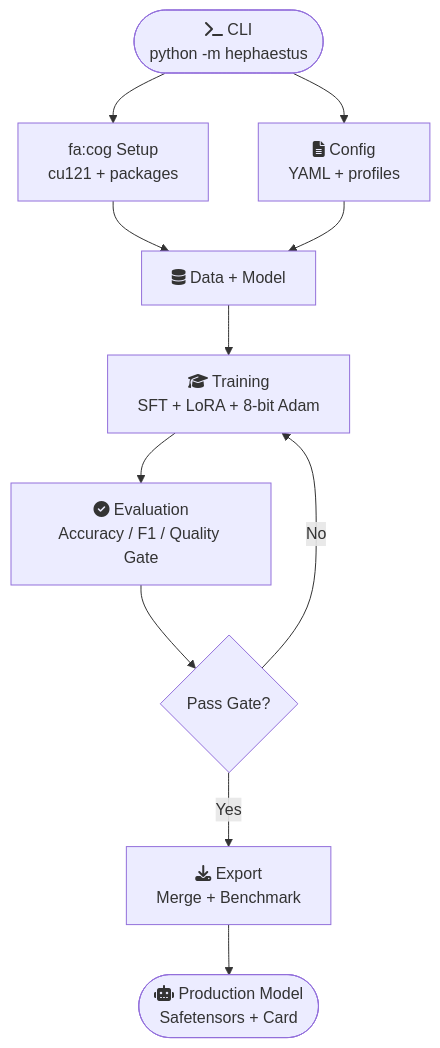
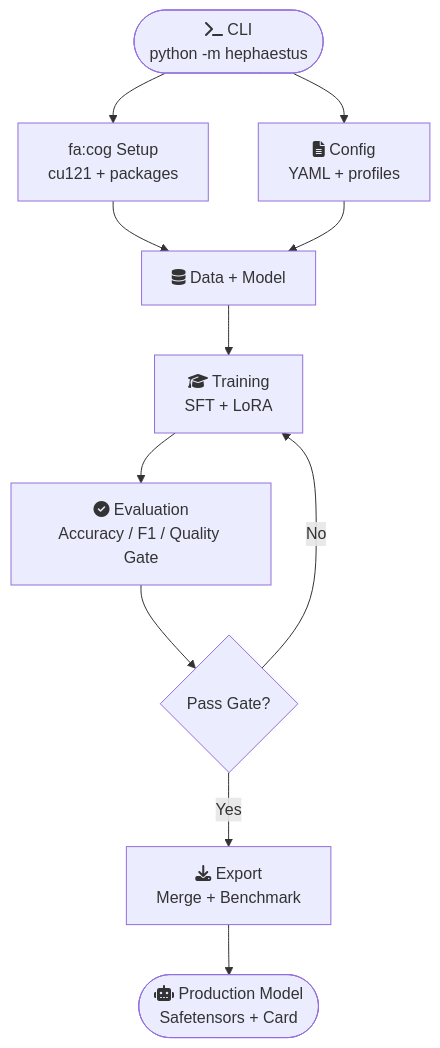
Before and after one commit to yusif-v/Hephaestus: the first of 3 diagrams in docs/architecture.md, drawn with Mermaid. The commit also changed other lines of this file and 1 other file, not shown here.

Commit message:
fix: mermaid diagrams + update README with HF model link

````diff
--- a/docs/architecture.md
+++ b/docs/architecture.md
@@ -7,17 +7,16 @@
 ```mermaid
 graph TB
     CLI([fa:fa-terminal CLI<br/>python -m hephaestus]) --> Setup[fa:cog Setup<br/>cu121 + packages]
     CLI --> Config[fa:fa-file-alt Config<br/>YAML + profiles]
 
     Setup --> Load[fa:fa-database Data + Model]
     Config --> Load
 
-    Load --> Train[fa:fa-graduation-cap Training<br/>SFT + LoRA + 8-bit Adam]
+    Load --> Train[fa:fa-graduation-cap Training<br/>SFT + LoRA]
     Train --> Eval[fa:fa-check-circle Evaluation<br/>Accuracy / F1 / Quality Gate]
 
     Eval --> Pass{Pass Gate?}
+    Pass -->|No| Train
     Pass -->|Yes| Export[fa:fa-download Export<br/>Merge + Benchmark]
-    Pass -->|No| Train
-
     Export --> Model([fa:fa-robot Production Model<br/>Safetensors + Card])
 ```
````
